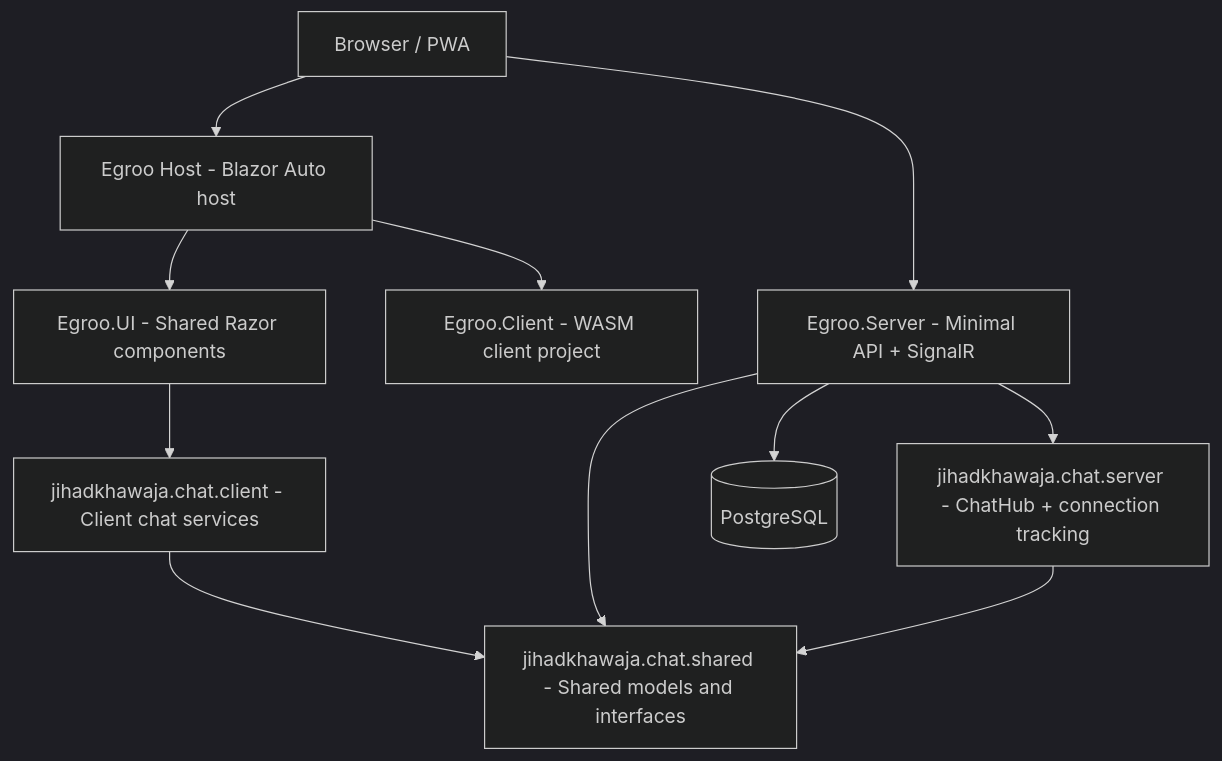
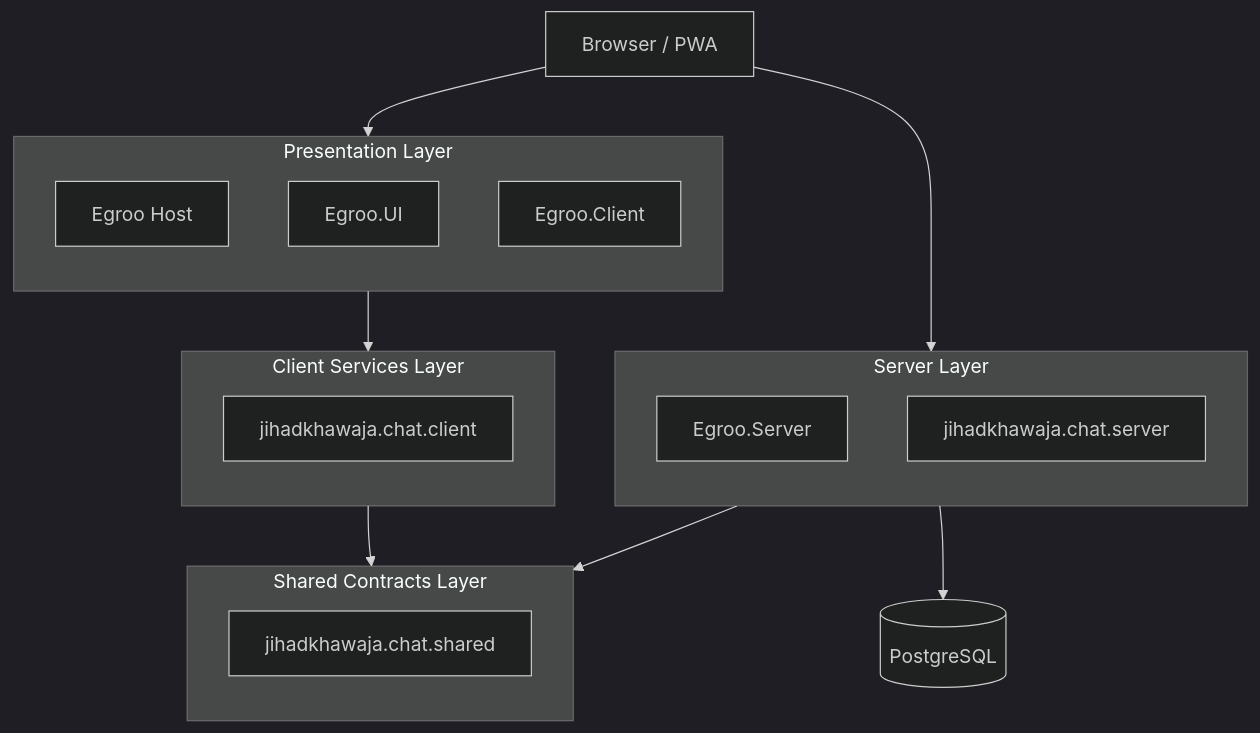
Before and after one commit to jihadkhawaja/Egroo: the first of 6 diagrams in README.md, drawn with Mermaid (dark theme). The commit also changed other lines of this file and 106 other files, not shown here.

````diff
--- a/README.md
+++ b/README.md
@@ -41,23 +44,35 @@
 ```mermaid
 flowchart TD
   Browser["Browser / PWA"]
-  Host["Egroo Host - Blazor Auto host"]
-  UI["Egroo.UI - Shared Razor components"]
-  Client["Egroo.Client - WASM client project"]
-  Api["Egroo.Server - Minimal API + SignalR"]
-  ChatClient["jihadkhawaja.chat.client - Client chat services"]
-  ChatServer["jihadkhawaja.chat.server - ChatHub + connection tracking"]
-  Shared["jihadkhawaja.chat.shared - Shared models and interfaces"]
   Db[("PostgreSQL")]
 
-  Browser --> Host
-  Host --> UI
-  Host --> Client
-  Browser --> Api
-  UI --> ChatClient
-  ChatClient --> Shared
-  Api --> ChatServer
-  Api --> Shared
-  ChatServer --> Shared
-  Api --> Db
+  subgraph PresentationLayer["Presentation Layer"]
+    direction TB
+    Host["Egroo Host"]
+    UI["Egroo.UI"]
+    Client["Egroo.Client"]
+  end
+
+  subgraph ClientServicesLayer["Client Services Layer"]
+    direction TB
+    ChatClient["jihadkhawaja.chat.client"]
+  end
+
+  subgraph ServerLayer["Server Layer"]
+    direction TB
+    Api["Egroo.Server"]
+    ChatServer["jihadkhawaja.chat.server"]
+  end
+
+  subgraph SharedLayer["Shared Contracts Layer"]
+    direction TB
+    Shared["jihadkhawaja.chat.shared"]
+  end
+
+  Browser --> PresentationLayer
+  Browser --> ServerLayer
+  PresentationLayer --> ClientServicesLayer
+  ClientServicesLayer --> SharedLayer
+  ServerLayer --> SharedLayer
+  ServerLayer --> Db
 ```
````
